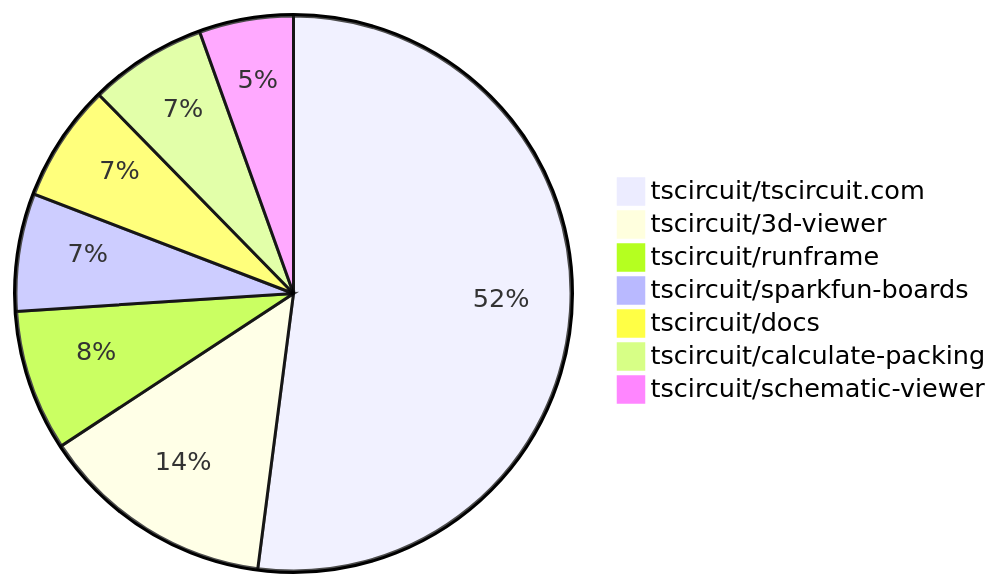
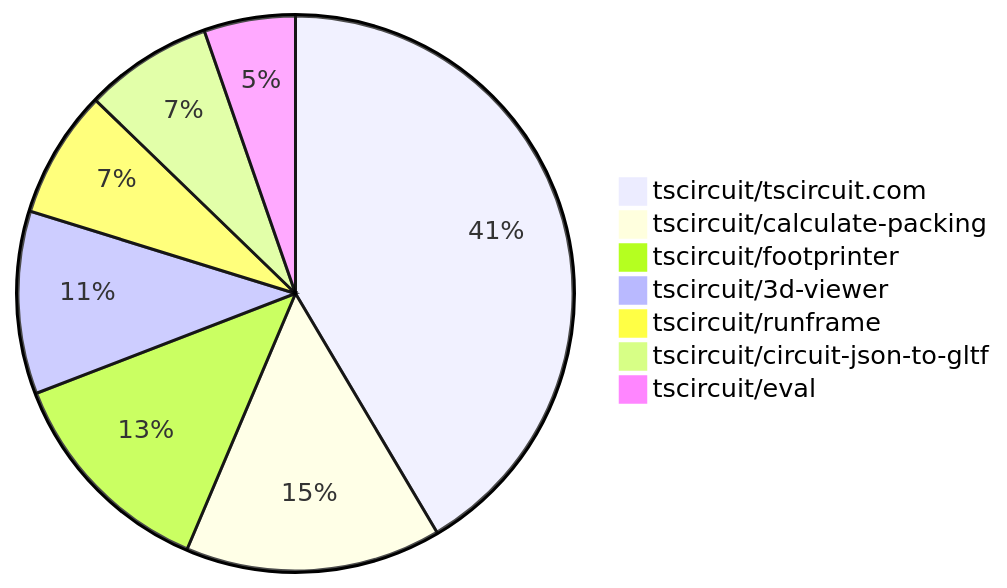
One commit to tscircuit/contribution-tracker changed the second of 2 diagrams in README.md. Above: the diagram before and after it, drawn with Mermaid. The commit also changed other lines of this file and 3 other files, not shown here.

````diff
--- a/README.md
+++ b/README.md
@@ -98,10 +104,10 @@
 ```mermaid
 pie
-    "tscircuit/tscircuit.com" : 38
+    "tscircuit/tscircuit.com" : 39
+    "tscircuit/calculate-packing" : 14
+    "tscircuit/footprinter" : 12
     "tscircuit/3d-viewer" : 10
-    "tscircuit/runframe" : 6
-    "tscircuit/sparkfun-boards" : 5
-    "tscircuit/docs" : 5
-    "tscircuit/calculate-packing" : 5
-    "tscircuit/schematic-viewer" : 4
+    "tscircuit/runframe" : 7
+    "tscircuit/circuit-json-to-gltf" : 7
+    "tscircuit/eval" : 5
 ```
````
